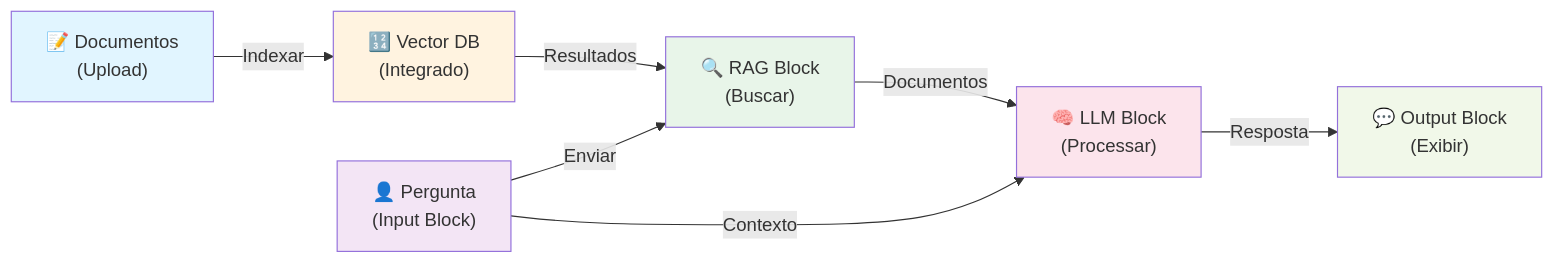
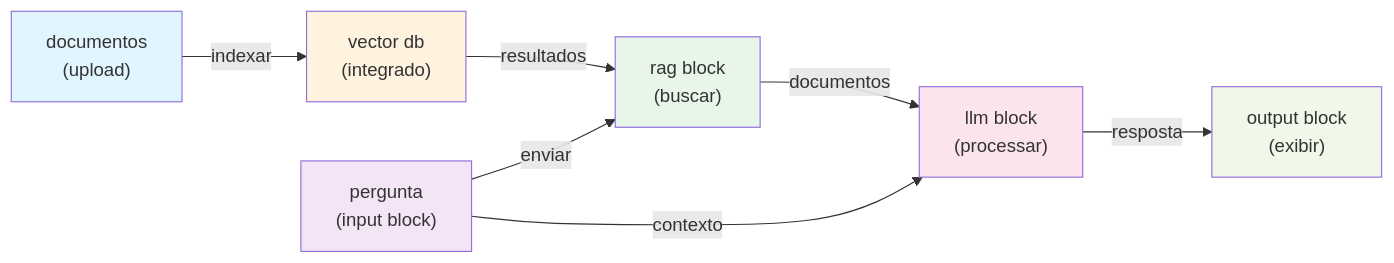
Before and after one commit to otavio-lemos/fudAI-se: the fifth of 11 diagrams in README.md, drawn with Mermaid. The commit also changed other lines of this file and 2 other files, not shown here.

````diff
--- a/README.md
+++ b/README.md
@@ -767,16 +775,16 @@
 ```mermaid
 graph LR
-    A["📝 Documentos<br/>(Upload)"] -->|Indexar| B["🔢 Vector DB<br/>(Integrado)"]
-    C["👤 Pergunta<br/>(Input Block)"] -->|Enviar| D["🔍 RAG Block<br/>(Buscar)"]
-    B -->|Resultados| D
-    D -->|Documentos| E["🧠 LLM Block<br/>(Processar)"]
-    C -->|Contexto| E
-    E -->|Resposta| F["💬 Output Block<br/>(Exibir)"]
+    a["documentos<br/>(upload)"] -->|indexar| b["vector db<br/>(integrado)"]
+    c["pergunta<br/>(input block)"] -->|enviar| d["rag block<br/>(buscar)"]
+    b -->|resultados| d
+    d -->|documentos| e["llm block<br/>(processar)"]
+    c -->|contexto| e
+    e -->|resposta| f["output block<br/>(exibir)"]
     
-    style A fill:#e1f5ff
-    style B fill:#fff3e0
-    style C fill:#f3e5f5
-    style D fill:#e8f5e9
-    style E fill:#fce4ec
-    style F fill:#f1f8e9
+    style a fill:#e1f5ff
+    style b fill:#fff3e0
+    style c fill:#f3e5f5
+    style d fill:#e8f5e9
+    style e fill:#fce4ec
+    style f fill:#f1f8e9
 ```
````
